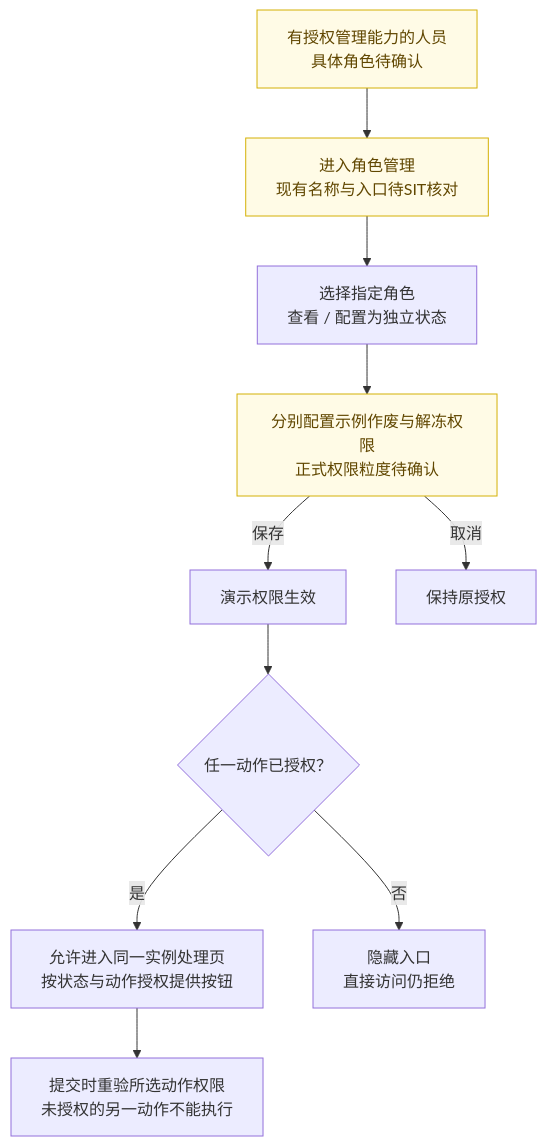
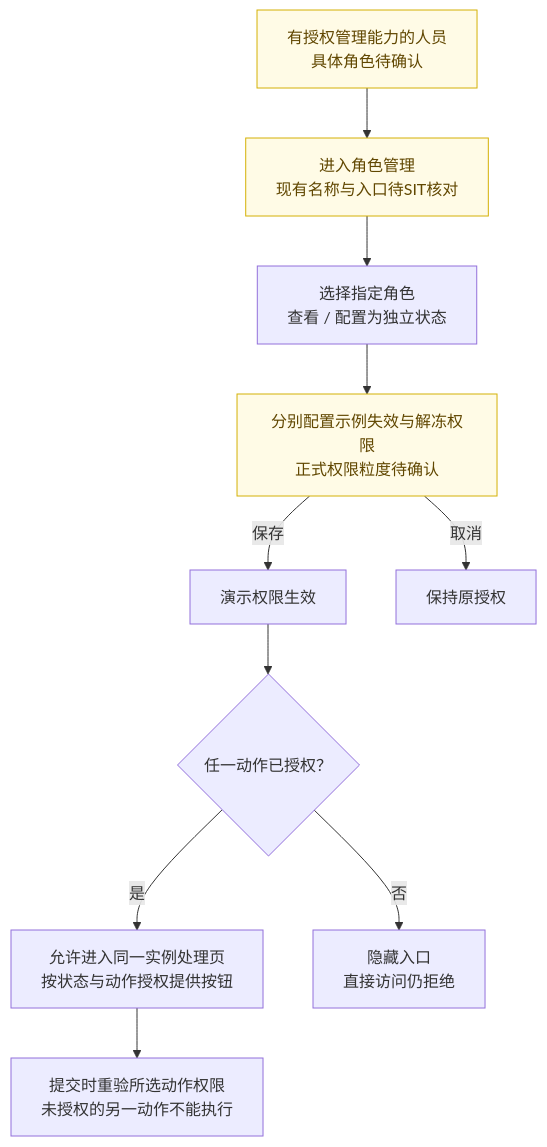
Before and after one commit to huanghaofa/combo-activity-tiered-claim-prototype: the diagram in coupon-instance-void/docs/permission-flow.mmd, drawn with Mermaid. The commit also changed 13 other files, not shown here.

```diff
--- a/coupon-instance-void/docs/permission-flow.mmd
+++ b/coupon-instance-void/docs/permission-flow.mmd
@@ -1,19 +1,19 @@
 flowchart TD
     A[有授权管理能力的人员
 具体角色待确认] --> B[进入角色管理
 现有名称与入口待SIT核对]
     B --> C[选择指定角色
 查看 / 配置为独立状态]
-    C --> D[分别配置示例作废与解冻权限
+    C --> D[分别配置示例失效与解冻权限
 正式权限粒度待确认]
     D -- 保存 --> E[演示权限生效]
     D -- 取消 --> F[保持原授权]
     E --> G{任一动作已授权？}
     G -- 是 --> H[允许进入同一实例处理页
 按状态与动作授权提供按钮]
     G -- 否 --> I[隐藏入口
 直接访问仍拒绝]
     H --> J[提交时重验所选动作权限
 未授权的另一动作不能执行]
     classDef pending fill:#fffbe6,stroke:#d4b106,color:#614700;
     class A,B,D pending;
```
